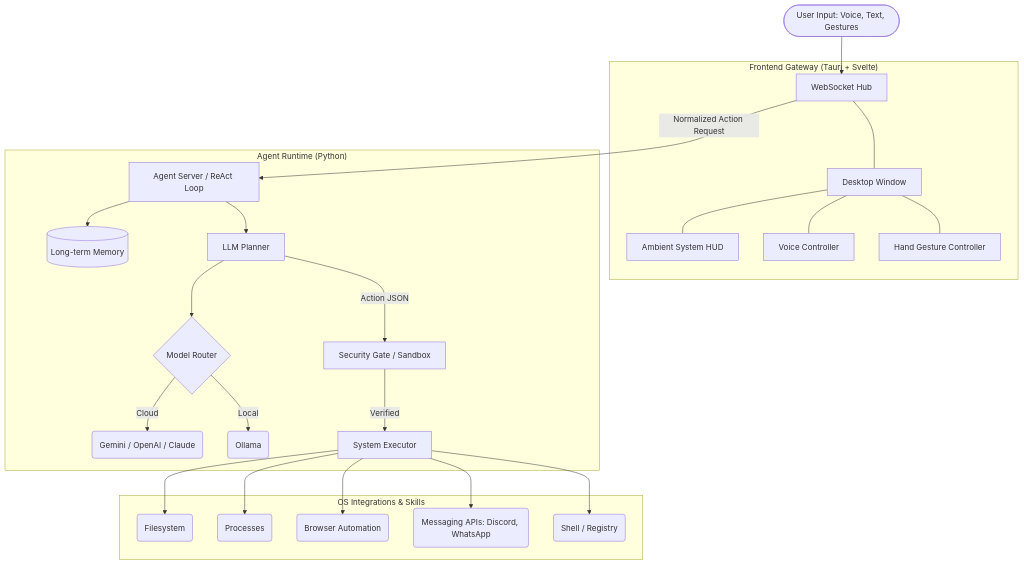
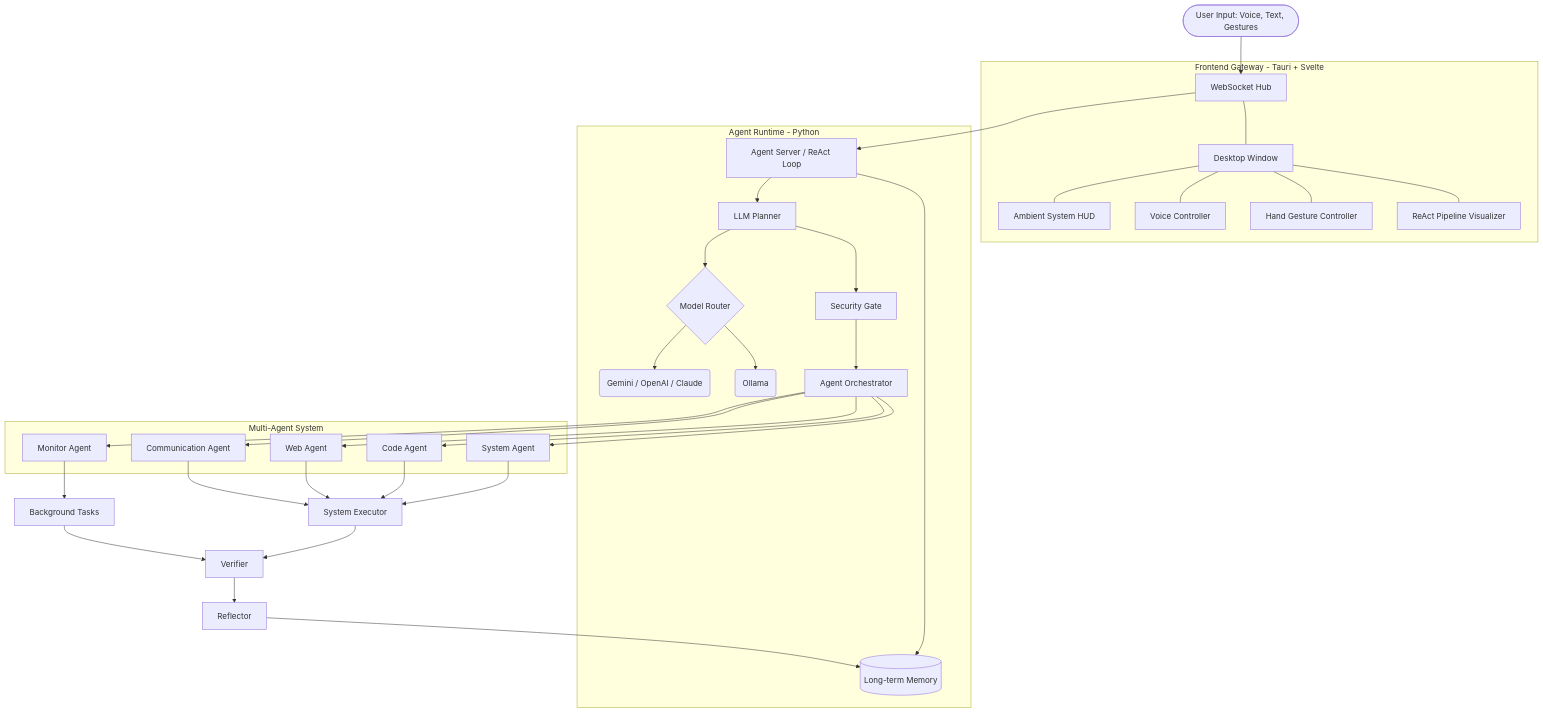
One commit to VyomKulshrestha/Cortex-OS changed the diagram in README.md. Above: the diagram before and after it, drawn with Mermaid. The commit also changed other lines of this file, not shown here.

Commit message:
docs: update README with multi-agent architecture, orchestrator section, and new Mermaid diagram

````diff
--- a/README.md
+++ b/README.md
@@ -146,36 +165,49 @@
 ```mermaid
 graph TD
-    User([User Input: Voice, Text, Gestures]) --> Gateway
+    User(["User Input: Voice, Text, Gestures"]) --> Gateway
 
-    subgraph "Frontend Gateway (Tauri + Svelte)"
-        Gateway[WebSocket Hub]
-        GUI[Desktop Window]
-        HUD[Ambient System HUD]
-        VC[Voice Controller]
-        GC[Hand Gesture Controller]
+    subgraph "Frontend Gateway - Tauri + Svelte"
+        Gateway["WebSocket Hub"]
+        GUI["Desktop Window"]
+        HUD["Ambient System HUD"]
+        VC["Voice Controller"]
+        GC["Hand Gesture Controller"]
+        RPV["ReAct Pipeline Visualizer"]
         Gateway --- GUI
         GUI --- HUD
         GUI --- VC
         GUI --- GC
+        GUI --- RPV
     end
 
-    Gateway --> |Normalized Action Request| Daemon
+    Gateway --> Daemon
 
-    subgraph "Agent Runtime (Python)"
-        Daemon[Agent Server / ReAct Loop] --> Memory[(Long-term Memory)]
-        Daemon --> Planner[LLM Planner]
-        Planner --> Router{Model Router}
-        Router --> |Cloud| Ext_LLM(Gemini / OpenAI / Claude)
-        Router --> |Local| Int_LLM(Ollama)
-        Planner --> |Action JSON| Security[Security Gate / Sandbox]
-        Security --> |Verified| Executor[System Executor]
+    subgraph "Agent Runtime - Python"
+        Daemon["Agent Server / ReAct Loop"] --> Memory[("Long-term Memory")]
+        Daemon --> Planner["LLM Planner"]
+        Planner --> Router{"Model Router"}
+        Router --> Ext_LLM("Gemini / OpenAI / Claude")
+        Router --> Int_LLM("Ollama")
+        Planner --> Security["Security Gate"]
+        Security --> Orchestrator["Agent Orchestrator"]
     end
 
-    subgraph "OS Integrations & Skills"
-        Executor --> File(Filesystem)
-        Executor --> Proc(Processes)
-        Executor --> Web(Browser Automation)
-        Executor --> Comms(Messaging APIs: Discord, WhatsApp)
-        Executor --> Shell(Shell / Registry)
+    subgraph "Multi-Agent System"
+        Orchestrator --> SA["System Agent"]
+        Orchestrator --> CA["Code Agent"]
+        Orchestrator --> WA["Web Agent"]
+        Orchestrator --> MA["Monitor Agent"]
+        Orchestrator --> COMM["Communication Agent"]
     end
+
+    SA --> Executor["System Executor"]
+    CA --> Executor
+    WA --> Executor
+    COMM --> Executor
+    MA --> BG["Background Tasks"]
+
+    Executor --> Verifier["Verifier"]
+    BG --> Verifier
+    Verifier --> Reflector["Reflector"]
+    Reflector --> Memory
 ```
````
